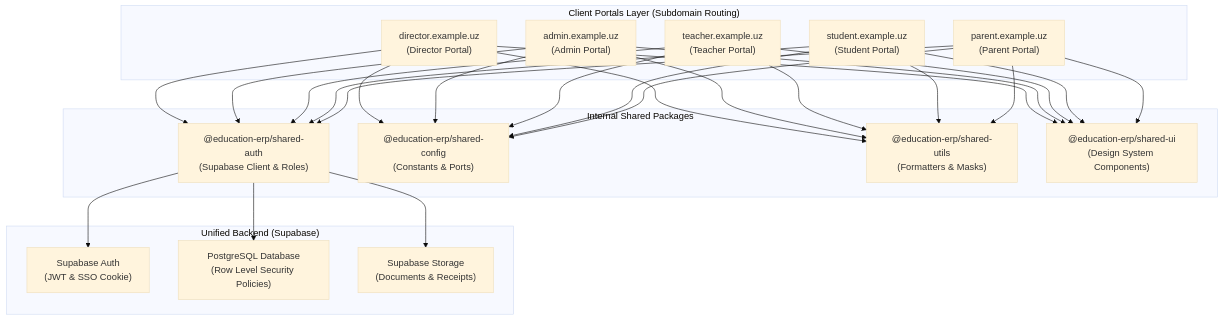
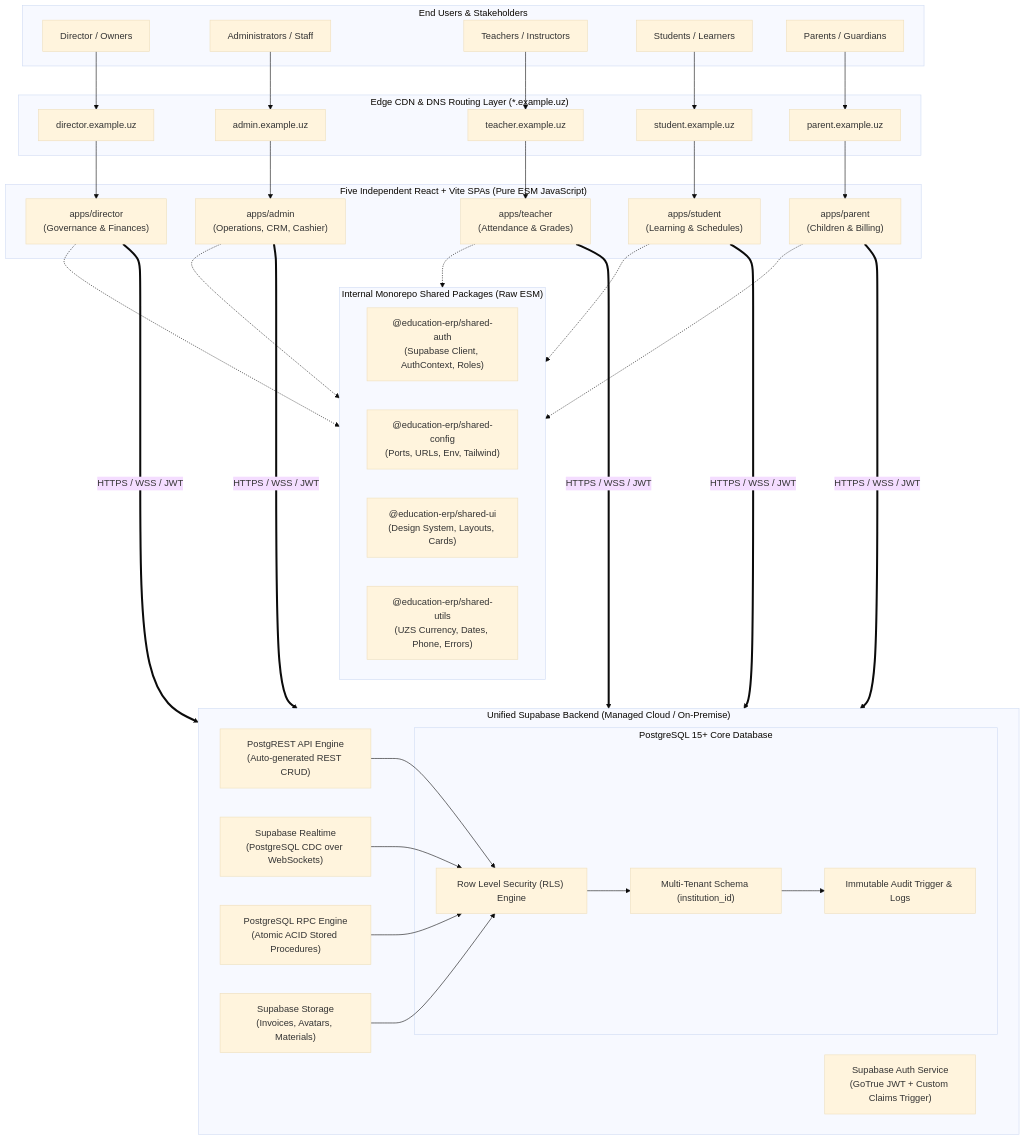
Before and after one commit to abdurahmonr/eduvex: the first of 2 diagrams in docs/architecture/SYSTEM_ARCHITECTURE.md, drawn with Mermaid (base theme). The commit also changed other lines of this file and 20 other files, not shown here.

Commit message:
docs(architecture): complete Phase 02 system architecture and ADRs

````diff
--- a/docs/architecture/SYSTEM_ARCHITECTURE.md
+++ b/docs/architecture/SYSTEM_ARCHITECTURE.md
@@ -7,31 +20,61 @@
 ```mermaid
 flowchart TD
-    subgraph ClientLayer["Client Portals Layer (Subdomain Routing)"]
-        D["director.example.uz\n(Director Portal)"]
-        A["admin.example.uz\n(Admin Portal)"]
-        T["teacher.example.uz\n(Teacher Portal)"]
-        S["student.example.uz\n(Student Portal)"]
-        P["parent.example.uz\n(Parent Portal)"]
+    subgraph Users["End Users & Stakeholders"]
+        U_Dir["Director / Owners"]
+        U_Adm["Administrators / Staff"]
+        U_Tch["Teachers / Instructors"]
+        U_Stu["Students / Learners"]
+        U_Par["Parents / Guardians"]
     end
 
-    subgraph SharedPackages["Internal Shared Packages"]
-        SA["@education-erp/shared-auth\n(Supabase Client & Roles)"]
-        SC["@education-erp/shared-config\n(Constants & Ports)"]
-        SU["@education-erp/shared-utils\n(Formatters & Masks)"]
-        SUI["@education-erp/shared-ui\n(Design System Components)"]
+    subgraph CDN["Edge CDN & DNS Routing Layer (*.example.uz)"]
+        DNS_D["director.example.uz"]
+        DNS_A["admin.example.uz"]
+        DNS_T["teacher.example.uz"]
+        DNS_S["student.example.uz"]
+        DNS_P["parent.example.uz"]
     end
 
-    subgraph BackendLayer["Unified Backend (Supabase)"]
-        Auth["Supabase Auth\n(JWT & SSO Cookie)"]
-        DB["PostgreSQL Database\n(Row Level Security Policies)"]
-        Storage["Supabase Storage\n(Documents & Receipts)"]
+    subgraph ClientApps["Five Independent React + Vite SPAs (Pure ESM JavaScript)"]
+        APP_D["apps/director\n(Governance & Finances)"]
+        APP_A["apps/admin\n(Operations, CRM, Cashier)"]
+        APP_T["apps/teacher\n(Attendance & Grades)"]
+        APP_S["apps/student\n(Learning & Schedules)"]
+        APP_P["apps/parent\n(Children & Billing)"]
     end
 
-    D --> SA & SC & SU & SUI
-    A --> SA & SC & SU & SUI
-    T --> SA & SC & SU & SUI
-    S --> SA & SC & SU & SUI
-    P --> SA & SC & SU & SUI
+    subgraph SharedPackages["Internal Monorepo Shared Packages (Raw ESM)"]
+        PKG_AUTH["@education-erp/shared-auth\n(Supabase Client, AuthContext, Roles)"]
+        PKG_CFG["@education-erp/shared-config\n(Ports, URLs, Env, Tailwind)"]
+        PKG_UI["@education-erp/shared-ui\n(Design System, Layouts, Cards)"]
+        PKG_UTL["@education-erp/shared-utils\n(UZS Currency, Dates, Phone, Errors)"]
+    end
 
-    SA --> Auth & DB & Storage
+    subgraph Backend["Unified Supabase Backend (Managed Cloud / On-Premise)"]
+        S_AUTH["Supabase Auth Service\n(GoTrue JWT + Custom Claims Trigger)"]
+        S_REST["PostgREST API Engine\n(Auto-generated REST CRUD)"]
+        S_RT["Supabase Realtime\n(PostgreSQL CDC over WebSockets)"]
+        S_RPC["PostgreSQL RPC Engine\n(Atomic ACID Stored Procedures)"]
+        S_STR["Supabase Storage\n(Invoices, Avatars, Materials)"]
+        
+        subgraph PostgresEngine["PostgreSQL 15+ Core Database"]
+            DB_RLS["Row Level Security (RLS) Engine"]
+            DB_DATA["Multi-Tenant Schema (institution_id)"]
+            DB_AUDIT["Immutable Audit Trigger & Logs"]
+        end
+    end
+
+    U_Dir --> DNS_D --> APP_D
+    U_Adm --> DNS_A --> APP_A
+    U_Tch --> DNS_T --> APP_T
+    U_Stu --> DNS_S --> APP_S
+    U_Par --> DNS_P --> APP_P
+
+    APP_D & APP_A & APP_T & APP_S & APP_P -.-> SharedPackages
+
+    APP_D & APP_A & APP_T & APP_S & APP_P ===>|HTTPS / WSS / JWT| Backend
+
+    S_REST & S_RT & S_RPC & S_STR --> DB_RLS
+    DB_RLS --> DB_DATA
+    DB_DATA --> DB_AUDIT
 ```
````
